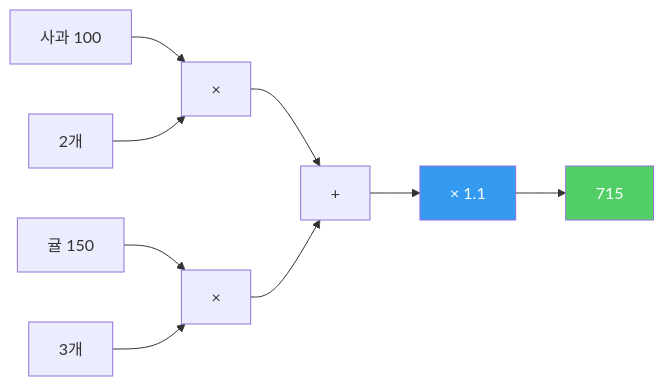
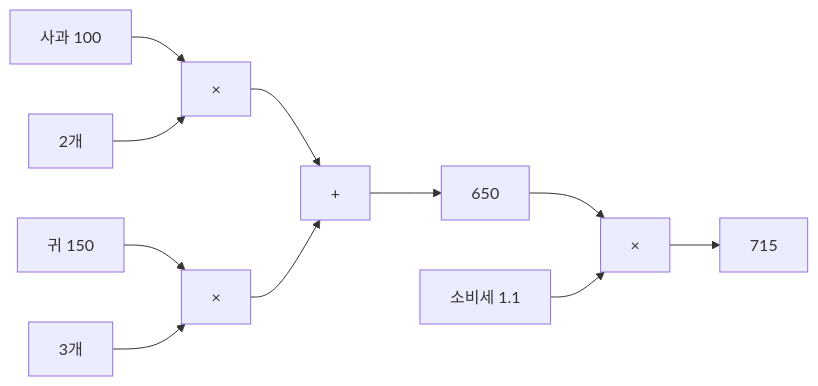
The second of 3 diagrams in ComputerScience/03_ai-ml-data/neural-networks/04. 오차역전파법.md (umyunsang/edu), drawn with Mermaid before and after one commit. The commit also changed other lines of this file, not shown here.

````diff
--- a/ComputerScience/03_ai-ml-data/neural-networks/04. 오차역전파법.md
+++ b/ComputerScience/03_ai-ml-data/neural-networks/04. 오차역전파법.md
@@ -44,14 +62,13 @@
 ```mermaid
 flowchart LR
-    A["사과 100"] --> M1["×"]
-    A2["2개"] --> M1
-    B["귤 150"] --> M2["×"]
-    B2["3개"] --> M2
-    M1 --> S["+"]
-    M2 --> S
-    S --> M3["× 1.1"]
-    M3 --> R["715"]
-
-    style M3 fill:#339af0,color:#fff
-    style R fill:#51cf66,color:#fff
+    AP["사과 100"] --> AM["×"]
+    AN["2개"] --> AM
+    OP["귀 150"] --> OM["×"]
+    ON["3개"] --> OM
+    AM --> S["+"]
+    OM --> S
+    S --> SS["650"]
+    SS --> TM["×"]
+    TX["소비세 1.1"] --> TM
+    TM --> R["715"]
 ```
````
